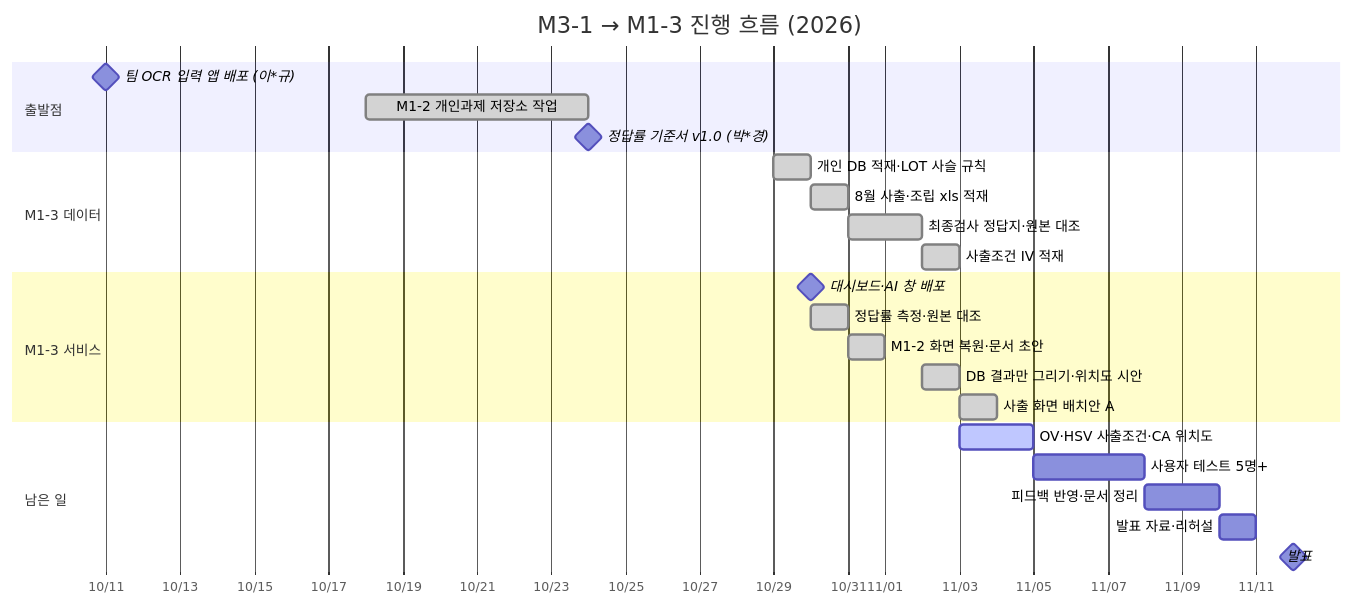
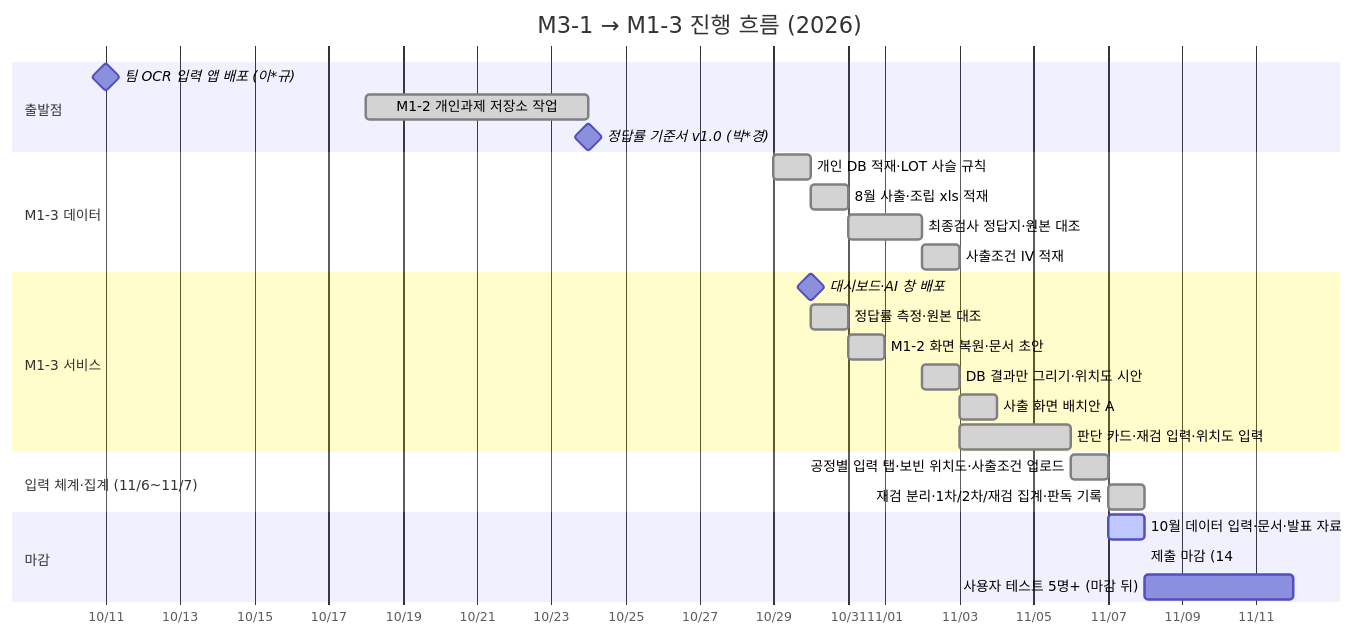
One commit to solarjina-geena/M1-3 changed the first of 3 diagrams in docs/M3-1_과제보고서.md. Above: the diagram before and after it, drawn with Mermaid. The commit also changed other lines of this file and 1 other file, not shown here.

Commit message:
docs: 과제보고서·README 11/7 기준 — 마감 11/8 14:00, 공정별 입력 체계·검사 구분 집계·재검 분리(3-9), 판독 기록 비교표 틀(3-10), 어려움 17~21, 남은 일

````diff
--- a/docs/M3-1_과제보고서.md
+++ b/docs/M3-1_과제보고서.md
@@ -147,27 +148,29 @@
 ```mermaid
 gantt
     title M3-1 → M1-3 진행 흐름 (2026)
     dateFormat YYYY-MM-DD
     axisFormat %m/%d
     section 출발점
     팀 OCR 입력 앱 배포 (이*규)        :milestone, 2026-10-11, 0d
     M1-2 개인과제 저장소 작업           :done, 2026-10-18, 2026-10-24
     정답률 기준서 v1.0 (박*경)          :milestone, 2026-10-24, 0d
     section M1-3 데이터
     개인 DB 적재·LOT 사슬 규칙          :done, 2026-10-29, 2026-10-30
     8월 사출·조립 xls 적재              :done, 2026-10-30, 1d
     최종검사 정답지·원본 대조            :done, 2026-10-31, 2026-11-02
     사출조건 IV 적재                     :done, 2026-11-02, 1d
     section M1-3 서비스
     대시보드·AI 창 배포                  :milestone, 2026-10-30, 0d
     정답률 측정·원본 대조                :done, 2026-10-30, 2026-10-31
     M1-2 화면 복원·문서 초안             :done, 2026-10-31, 1d
     DB 결과만 그리기·위치도 시안         :done, 2026-11-02, 1d
     사출 화면 배치안 A                   :done, 2026-11-03, 1d
-    section 남은 일
-    OV·HSV 사출조건·CA 위치도            :active, 2026-11-03, 2026-11-05
-    사용자 테스트 5명+                   :2026-11-05, 2026-11-08
-    피드백 반영·문서 정리                :2026-11-08, 2026-11-10
-    발표 자료·리허설                     :2026-11-10, 2026-11-11
-    발표                                 :milestone, 2026-11-12, 0d
+    판단 카드·재검 입력·위치도 입력      :done, 2026-11-03, 2026-11-06
+    section 입력 체계·집계 (11/6~11/7)
+    공정별 입력 탭·보빈 위치도·사출조건 업로드 :done, 2026-11-06, 2026-11-07
+    재검 분리·1차/2차/재검 집계·판독 기록 :done, 2026-11-07, 1d
+    section 마감
+    10월 데이터 입력·문서·발표 자료      :active, 2026-11-07, 2026-11-08
+    제출 마감 (14:00)                    :milestone, 2026-11-08, 0d
+    사용자 테스트 5명+ (마감 뒤)          :2026-11-08, 2026-11-12
 ```
````
